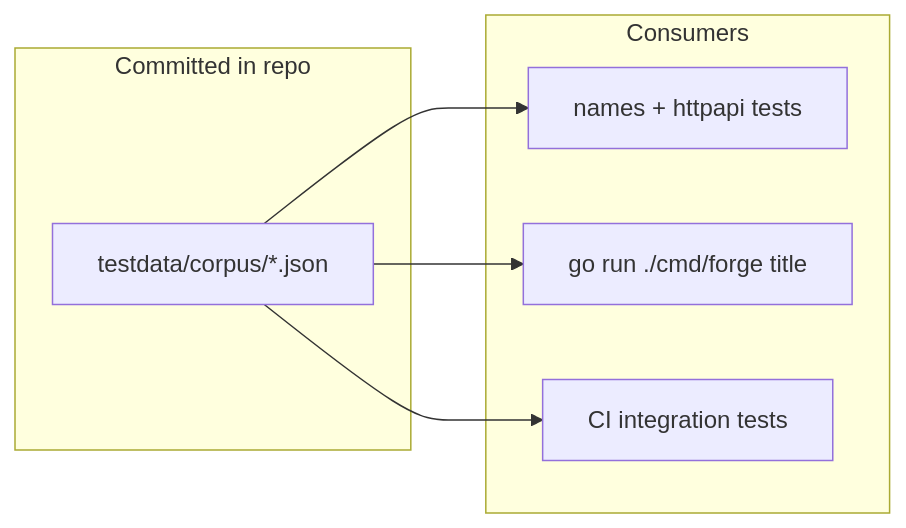
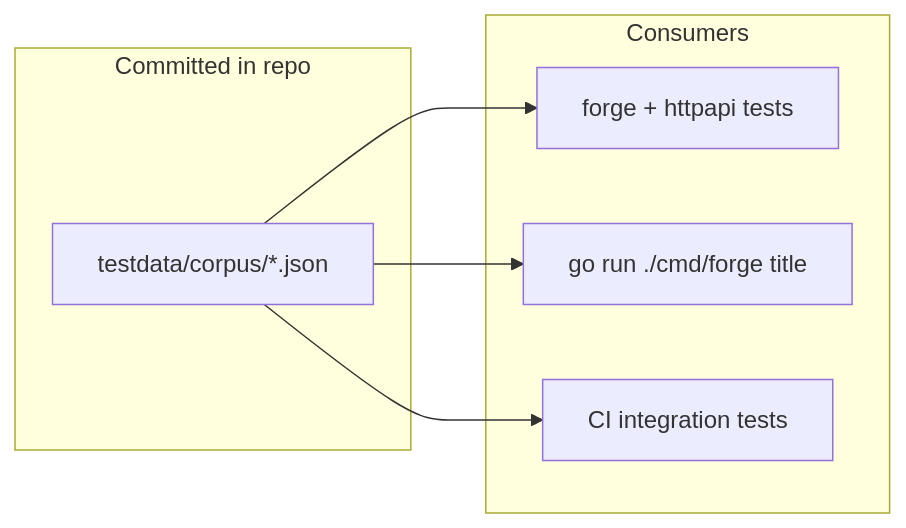
Before and after one commit to ridespirals/vargames-name-gen: the diagram in planning/SAMPLE-CORPUS.md, drawn with Mermaid. The commit also changed other lines of this file and 27 other files, not shown here.

````diff
--- a/planning/SAMPLE-CORPUS.md
+++ b/planning/SAMPLE-CORPUS.md
@@ -16,16 +16,16 @@
 ```mermaid
 flowchart LR
   subgraph committed [Committed in repo]
     Fixtures[testdata/corpus/*.json]
   end
 
   subgraph consumers [Consumers]
-    UnitTests[names + httpapi tests]
+    UnitTests[forge + httpapi tests]
     LocalDev["go run ./cmd/forge title"]
     CI[CI integration tests]
   end
 
   Fixtures --> UnitTests
   Fixtures --> LocalDev
   Fixtures --> CI
 ```
````
